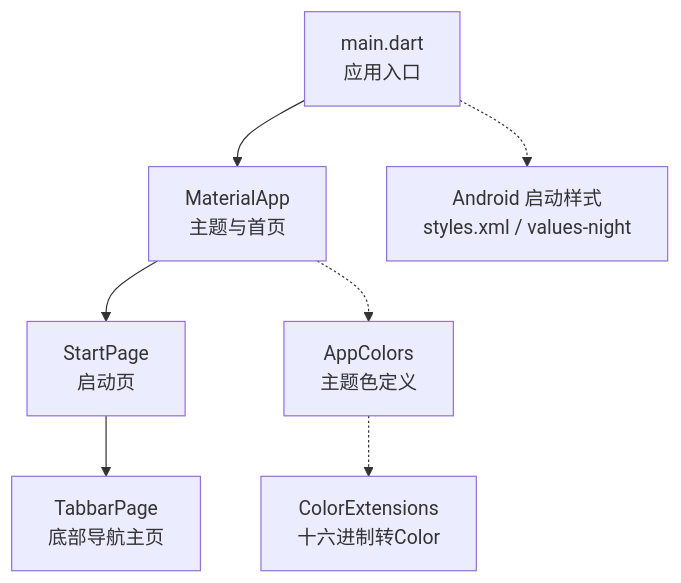
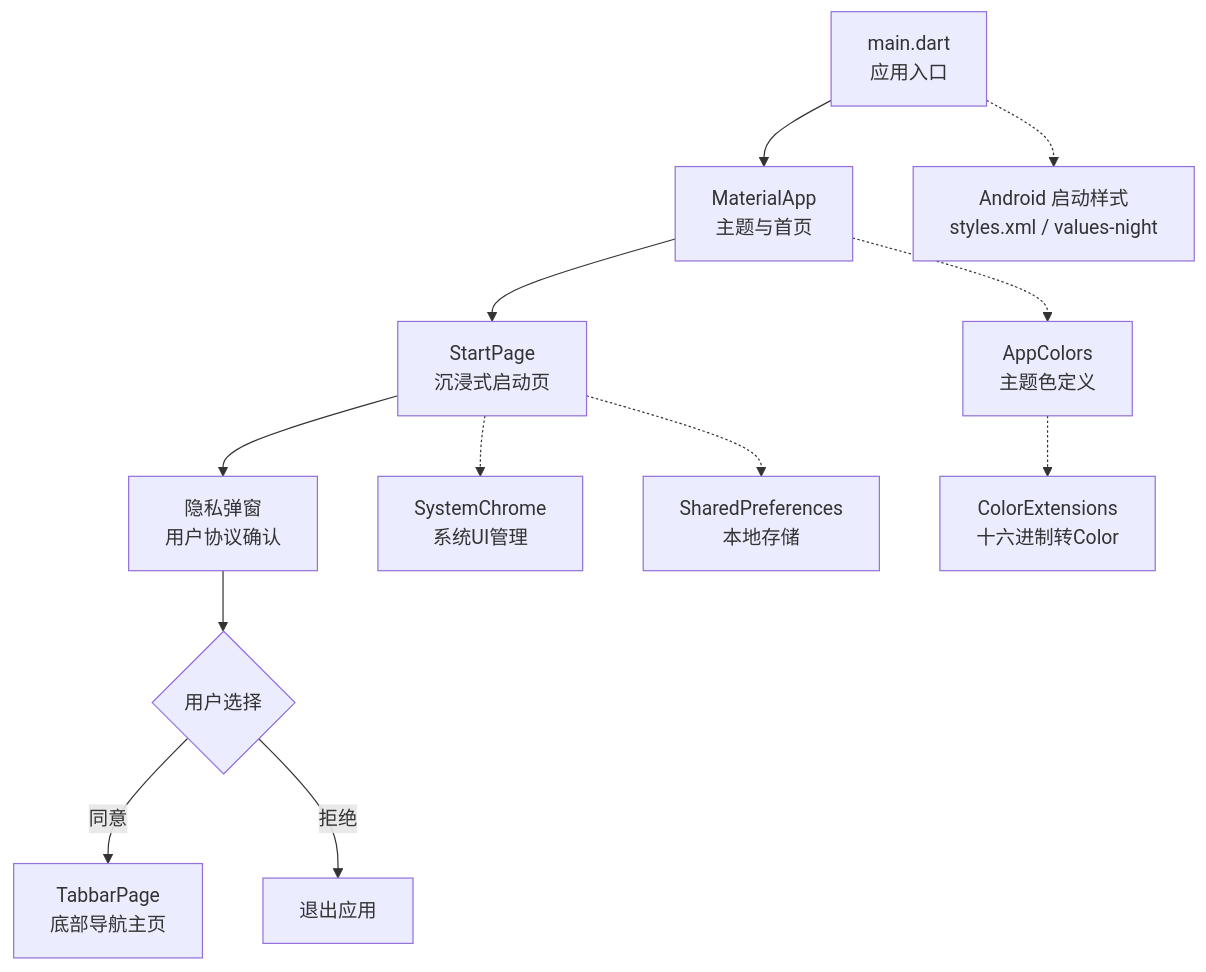
The first of 4 diagrams in .qoder/repowiki/zh/content/核心模块/启动模块.md (sfandy126/zslx_flutter), drawn with Mermaid before and after one commit. The commit also changed other lines of this file and 56 other files, not shown here.

````diff
--- a/.qoder/repowiki/zh/content/核心模块/启动模块.md
+++ b/.qoder/repowiki/zh/content/核心模块/启动模块.md
@@ -39,9 +48,14 @@
 ```mermaid
 graph TB
 A["main.dart<br/>应用入口"] --> B["MaterialApp<br/>主题与首页"]
-B --> C["StartPage<br/>启动页"]
-C --> D["TabbarPage<br/>底部导航主页"]
-B -.-> E["AppColors<br/>主题色定义"]
-E -.-> F["ColorExtensions<br/>十六进制转Color"]
-A -.-> G["Android 启动样式<br/>styles.xml / values-night"]
+B --> C["StartPage<br/>沉浸式启动页"]
+C --> D["隐私弹窗<br/>用户协议确认"]
+D --> E{"用户选择"}
+E --> |同意| F["TabbarPage<br/>底部导航主页"]
+E --> |拒绝| G["退出应用"]
+C -.-> H["SystemChrome<br/>系统UI管理"]
+C -.-> I["SharedPreferences<br/>本地存储"]
+B -.-> J["AppColors<br/>主题色定义"]
+J -.-> K["ColorExtensions<br/>十六进制转Color"]
+A -.-> L["Android 启动样式<br/>styles.xml / values-night"]
 ```
````
